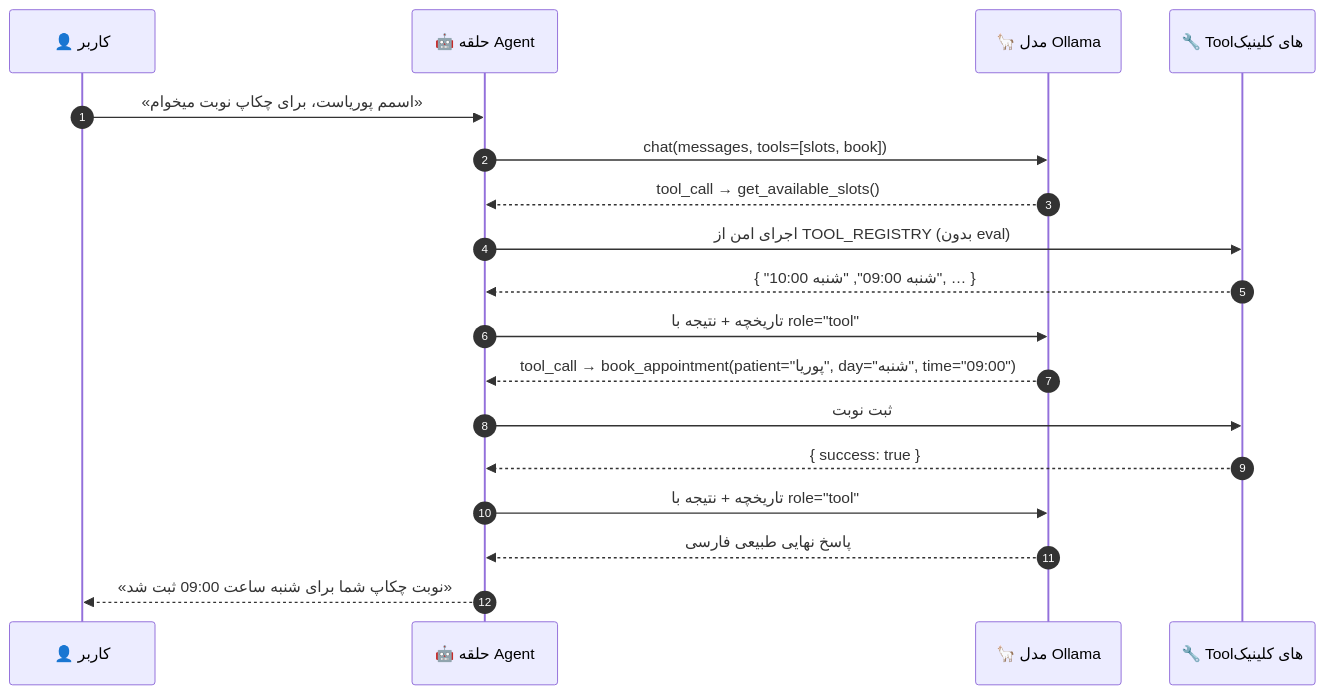
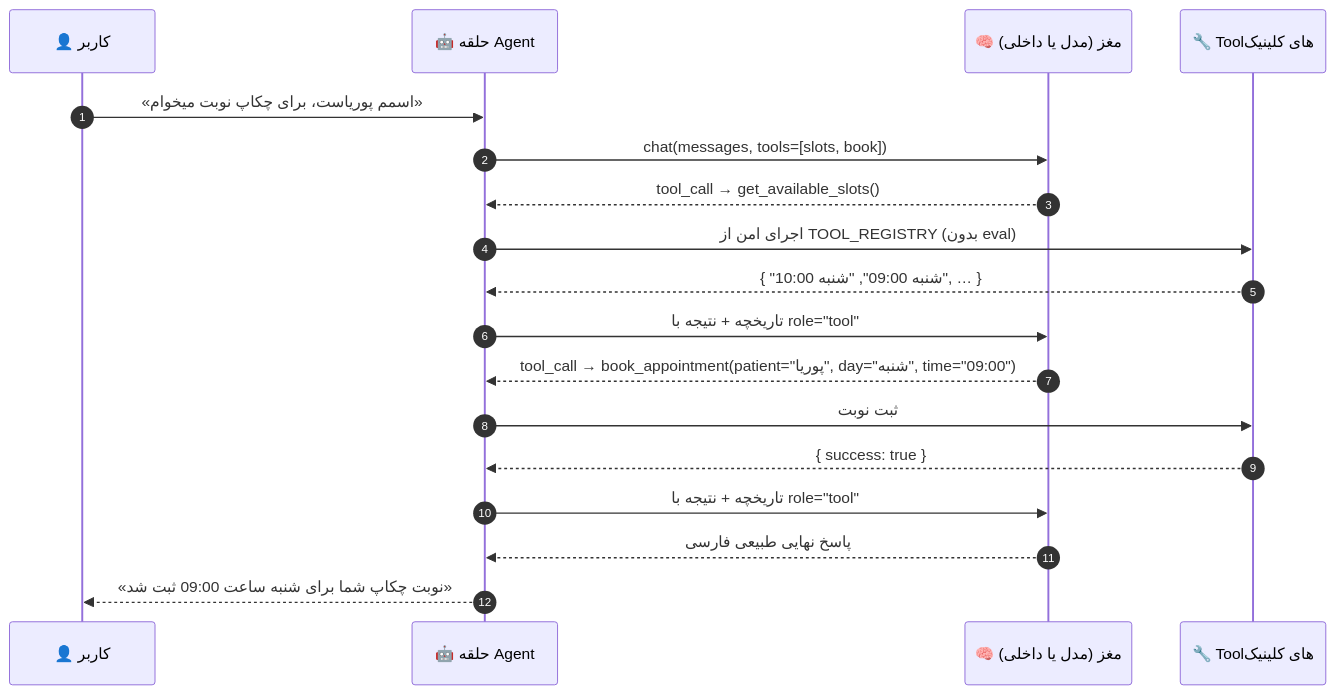
Before and after one commit to SirBNL/doctor-agent: the second of 2 diagrams in README.fa.md, drawn with Mermaid. The commit also changed other lines of this file and 3 other files, not shown here.

Commit message:
✨ README masterpiece v2 — 'works without LLM' story, three-brains diagram, stats cards; CI + Snake workflows restored

````diff
--- a/README.fa.md
+++ b/README.fa.md
@@ -45,21 +83,21 @@
 ```mermaid
 sequenceDiagram
     autonumber
     participant U as 👤 کاربر
     participant A as 🤖 حلقه Agent
-    participant O as 🦙 مدل Ollama
+    participant O as 🧠 مغز (مدل یا داخلی)
     participant T as 🔧 Toolهای کلینیک
 
     U->>A: «اسمم پوریاست، برای چکاپ نوبت میخوام»
     A->>O: chat(messages, tools=[slots, book])
     O-->>A: tool_call → get_available_slots()
     A->>T: اجرای امن از TOOL_REGISTRY (بدون eval)
     T-->>A: { "شنبه 09:00", "شنبه 10:00", … }
     A->>O: تاریخچه + نتیجه با role="tool"
     O-->>A: tool_call → book_appointment(patient="پوریا", day="شنبه", time="09:00")
     A->>T: ثبت نوبت
     T-->>A: { success: true }
     A->>O: تاریخچه + نتیجه با role="tool"
     O-->>A: پاسخ نهایی طبیعی فارسی
     A-->>U: «نوبت چکاپ شما برای شنبه ساعت 09:00 ثبت شد»
 ```
````
